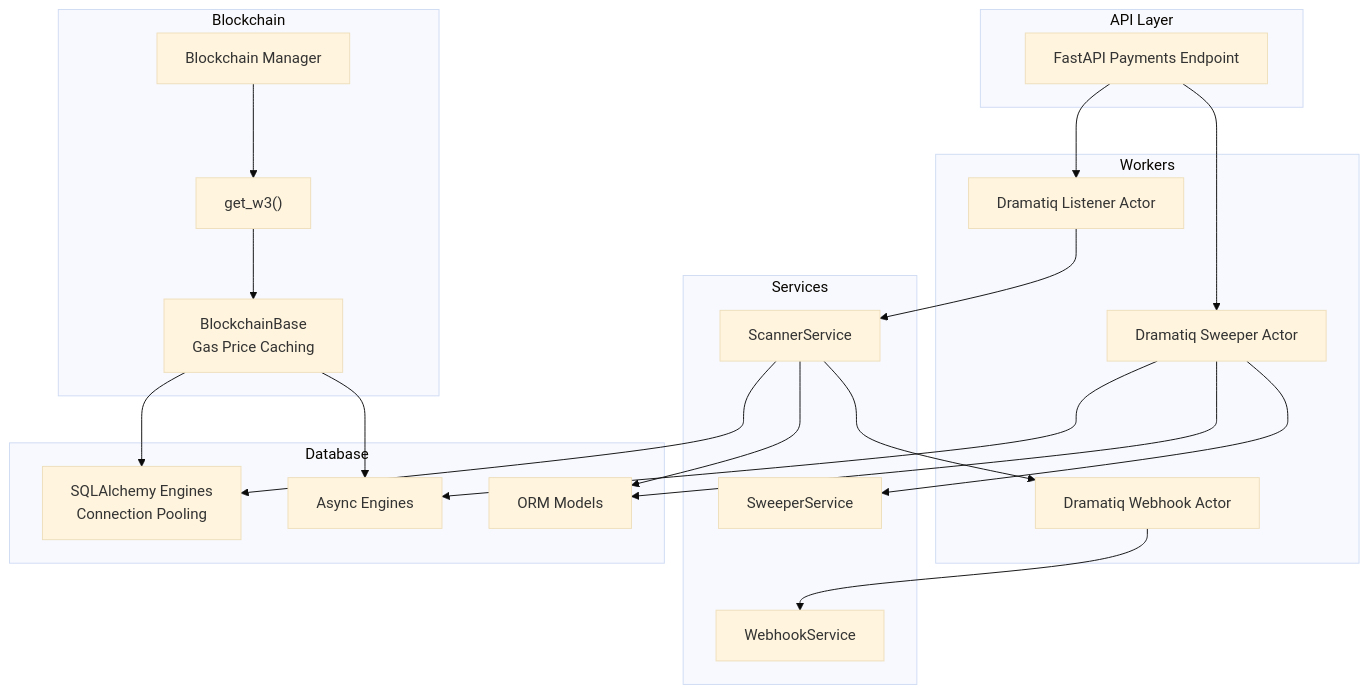
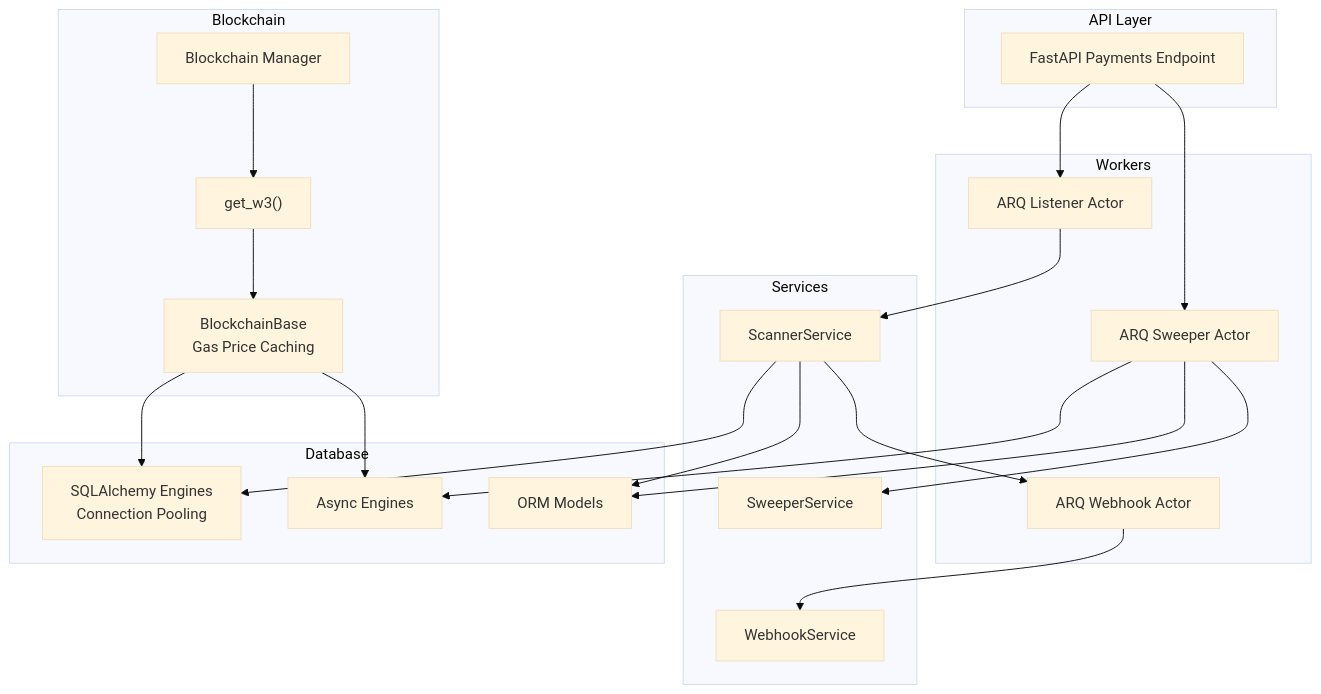
Before and after one commit to rakibhossain72/ctrip-docs: the first of 10 diagrams in docs/advanced-topics/performance-optimization.md, drawn with Mermaid (base theme). The commit also changed other lines of this file and 25 other files, not shown here.

First line of the commit message:
docs: Update documentation to reflect ARQ task migration from Dramatiq

````diff
--- a/docs/advanced-topics/performance-optimization.md
+++ b/docs/advanced-topics/performance-optimization.md
@@ -46,40 +46,40 @@
 ```mermaid
 graph TB
 subgraph "API Layer"
 API["FastAPI Payments Endpoint"]
 end
 subgraph "Workers"
-Listener["Dramatiq Listener Actor"]
-Sweeper["Dramatiq Sweeper Actor"]
-WebhookActor["Dramatiq Webhook Actor"]
+Listener["ARQ Listener Actor"]
+Sweeper["ARQ Sweeper Actor"]
+WebhookActor["ARQ Webhook Actor"]
 end
 subgraph "Services"
 Scanner["ScannerService"]
 SweeperSvc["SweeperService"]
 WebhookSvc["WebhookService"]
 end
 subgraph "Blockchain"
 Manager["Blockchain Manager"]
 W3["get_w3()"]
 Base["BlockchainBase<br/>Gas Price Caching"]
 end
 subgraph "Database"
 Engine["SQLAlchemy Engines<br/>Connection Pooling"]
 AsyncEngine["Async Engines"]
 Models["ORM Models"]
 end
 API --> Listener
 API --> Sweeper
 Listener --> Scanner
 Sweeper --> SweeperSvc
 Scanner --> WebhookActor
 WebhookActor --> WebhookSvc
 Scanner --> Engine
 Sweeper --> AsyncEngine
 Scanner --> Models
 Sweeper --> Models
 Manager --> W3
 W3 --> Base
 Base --> Engine
 Base --> AsyncEngine
 ```
````
